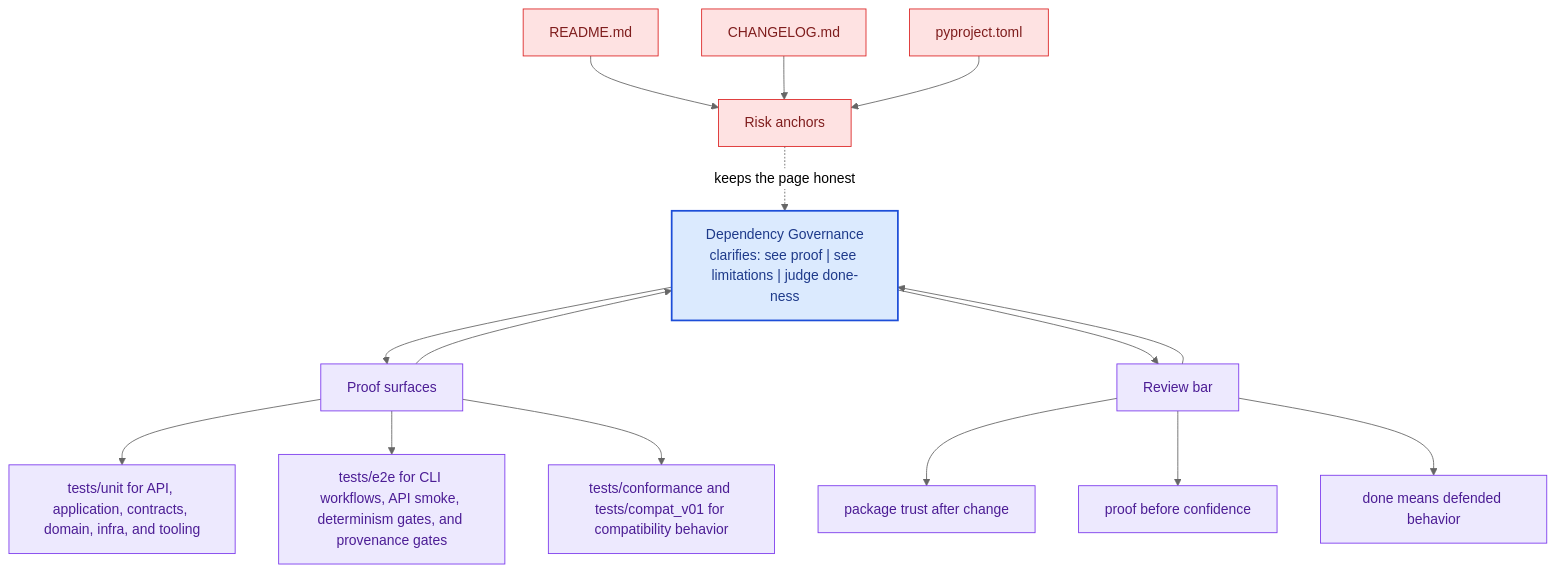
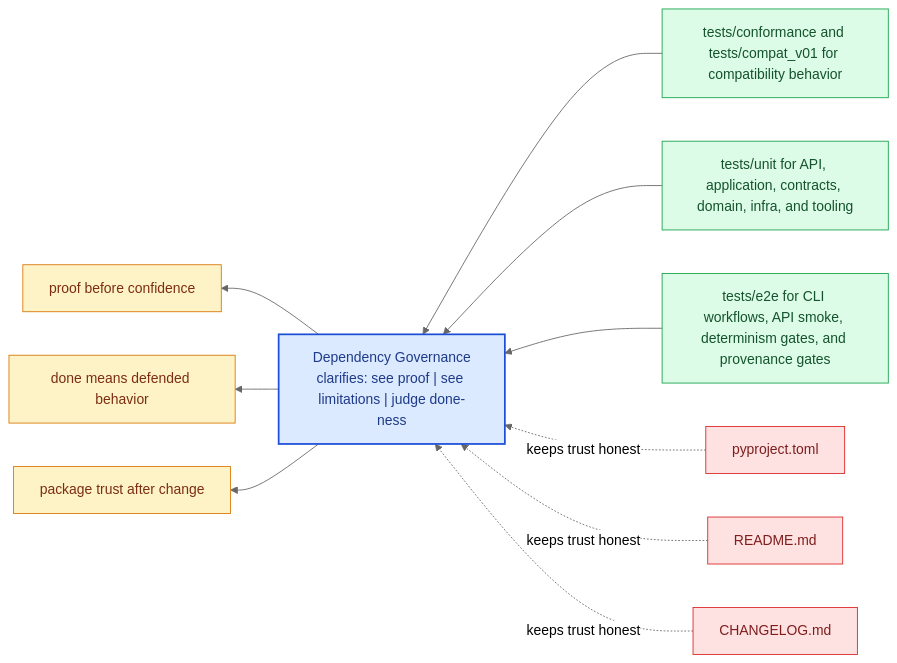
One commit to bijux/bijux-canon changed the diagram in docs/bijux-canon-index/quality/dependency-governance.md. Above: the diagram before and after it, drawn with Mermaid (neutral theme). The commit also changed other lines of this file and 281 other files, not shown here.

Commit message:
docs(diagrams): replace repeated mermaid scaffolds with page-specific summaries

````diff
--- a/docs/bijux-canon-index/quality/dependency-governance.md
+++ b/docs/bijux-canon-index/quality/dependency-governance.md
@@ -68,41 +23,31 @@
 ```mermaid
-flowchart TB
-    promise["Dependency Governance<br/>clarifies: see proof | see limitations | judge done-ness"]
-    classDef promise fill:#dbeafe,stroke:#1d4ed8,color:#1e3a8a,stroke-width:2px;
-    classDef driver fill:#dcfce7,stroke:#16a34a,color:#14532d;
-    classDef constraint fill:#fee2e2,stroke:#dc2626,color:#7f1d1d;
-    classDef ground fill:#ede9fe,stroke:#7c3aed,color:#4c1d95;
-    focus1["Proof surfaces"]
-    focus1 --> promise
-    promise --> focus1
-    focus1_1["tests/unit for API, application, contracts, domain, infra, and tooling"]
-    focus1 --> focus1_1
-    focus1_2["tests/e2e for CLI workflows, API smoke, determinism gates, and provenance gates"]
-    focus1 --> focus1_2
-    focus1_3["tests/conformance and tests/compat_v01 for compatibility behavior"]
-    focus1 --> focus1_3
-    class focus1 ground;
-    class focus1_1,focus1_2,focus1_3 ground;
-    focus2["Risk anchors"]
-    focus2 -.keeps the page honest.-> promise
-    focus2_1["README.md"]
-    focus2_1 --> focus2
-    focus2_2["CHANGELOG.md"]
-    focus2_2 --> focus2
-    focus2_3["pyproject.toml"]
-    focus2_3 --> focus2
-    class focus2 constraint;
-    class focus2_1,focus2_2,focus2_3 constraint;
-    focus3["Review bar"]
-    focus3 --> promise
-    promise --> focus3
-    focus3_1["package trust after change"]
-    focus3 --> focus3_1
-    focus3_2["proof before confidence"]
-    focus3 --> focus3_2
-    focus3_3["done means defended behavior"]
-    focus3 --> focus3_3
-    class focus3 ground;
-    class focus3_1,focus3_2,focus3_3 ground;
-    class promise promise;
+flowchart RL
+    page["Dependency Governance<br/>clarifies: see proof | see limitations | judge done-ness"]
+    classDef page fill:#dbeafe,stroke:#1d4ed8,color:#1e3a8a,stroke-width:2px;
+    classDef positive fill:#dcfce7,stroke:#16a34a,color:#14532d;
+    classDef caution fill:#fee2e2,stroke:#dc2626,color:#7f1d1d;
+    classDef anchor fill:#ede9fe,stroke:#7c3aed,color:#4c1d95;
+    classDef action fill:#fef3c7,stroke:#d97706,color:#7c2d12;
+    proof1["tests/conformance and tests/compat_v01 for compatibility behavior"]
+    proof1 --> page
+    proof2["tests/unit for API, application, contracts, domain, infra, and tooling"]
+    proof2 --> page
+    proof3["tests/e2e for CLI workflows, API smoke, determinism gates, and provenance gates"]
+    proof3 --> page
+    risk1["pyproject.toml"]
+    risk1 -.keeps trust honest.-> page
+    risk2["README.md"]
+    risk2 -.keeps trust honest.-> page
+    risk3["CHANGELOG.md"]
+    risk3 -.keeps trust honest.-> page
+    bar1["proof before confidence"]
+    page --> bar1
+    bar2["done means defended behavior"]
+    page --> bar2
+    bar3["package trust after change"]
+    page --> bar3
+    class page page;
+    class proof1,proof2,proof3 positive;
+    class risk1,risk2,risk3 caution;
+    class bar1,bar2,bar3 action;
 ```
````
